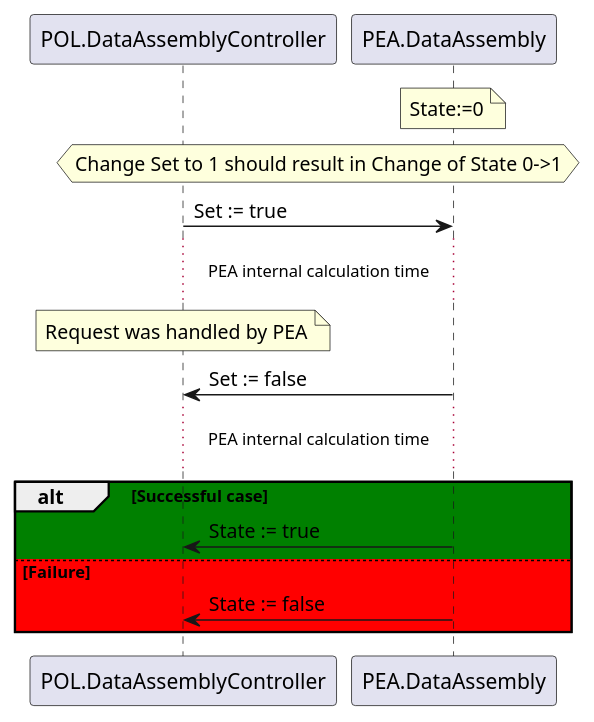
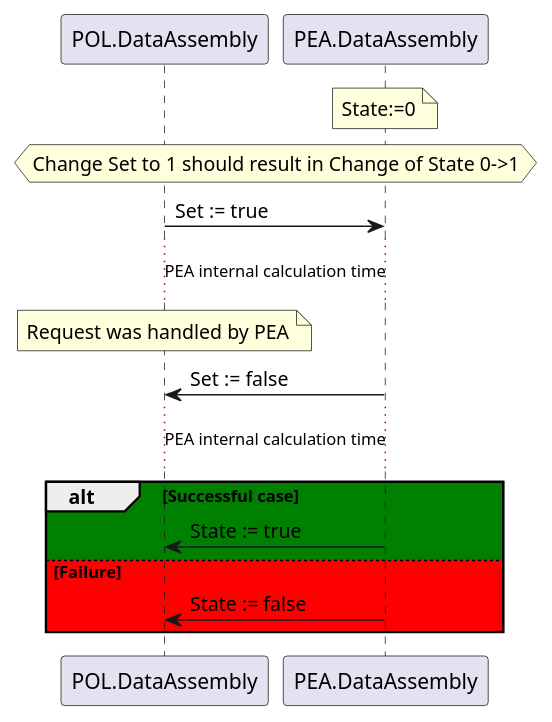
One commit to p2o-lab/polaris-backend changed the diagram in src/modularPlantManager/pea/HandshakeSequence.puml. Above: the diagram before and after it, drawn with PlantUML. The commit also changed 344 other files, not shown here.

```diff
--- a/src/modularPlantManager/pea/HandshakeSequence.puml
+++ b/src/modularPlantManager/pea/HandshakeSequence.puml
@@ -26,21 +26,21 @@
 @startuml
 
 skinparam monochrome false
 
-participant POL.DataAssemblyController
+participant POL.DataAssembly
 participant PEA.DataAssembly
 
     note over PEA.DataAssembly: State:=0
     hnote across: Change Set to 1 should result in Change of State 0->1
-    POL.DataAssemblyController -> PEA.DataAssembly: Set := true
+    POL.DataAssembly -> PEA.DataAssembly: Set := true
     ... PEA internal calculation time ...
-    note over POL.DataAssemblyController : Request was handled by PEA
-    PEA.DataAssembly -> POL.DataAssemblyController: Set := false
+    note over POL.DataAssembly : Request was handled by PEA
+    PEA.DataAssembly -> POL.DataAssembly: Set := false
     ... PEA internal calculation time ...
 alt #Green Successful case
-    PEA.DataAssembly -> POL.DataAssemblyController: State := true
+    PEA.DataAssembly -> POL.DataAssembly: State := true
 else #Red Failure
-    PEA.DataAssembly -> POL.DataAssemblyController: State := false
+    PEA.DataAssembly -> POL.DataAssembly: State := false
 end
 
 @enduml
```
